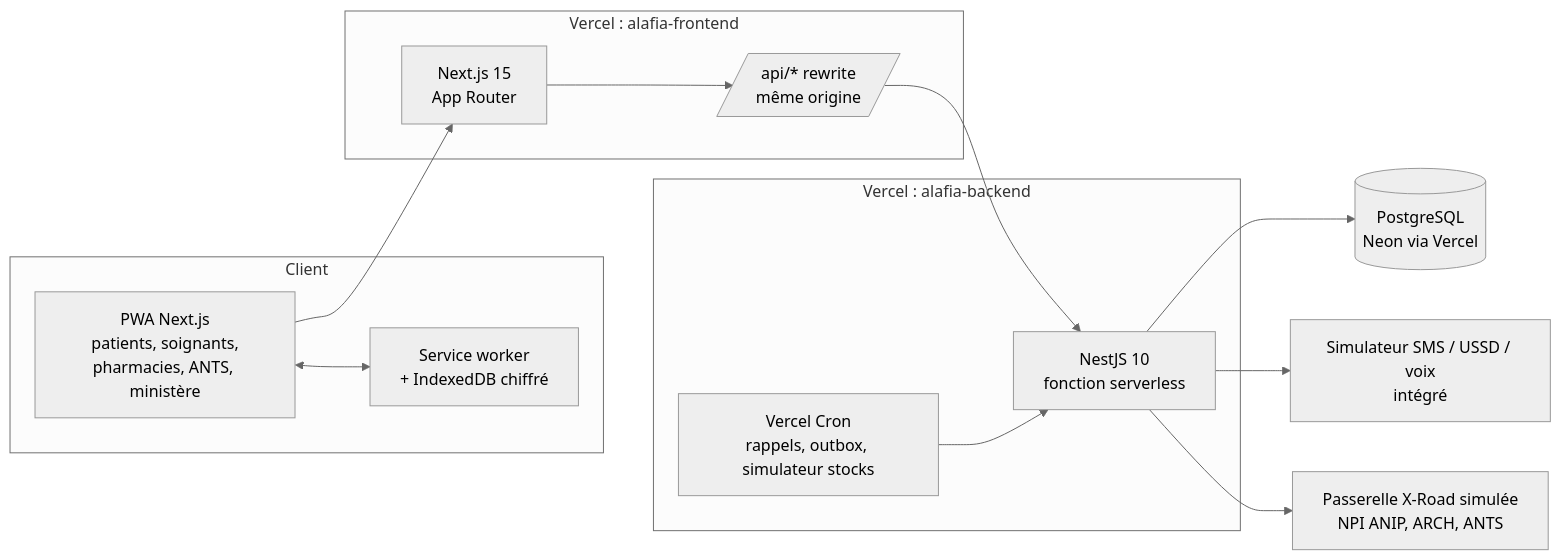
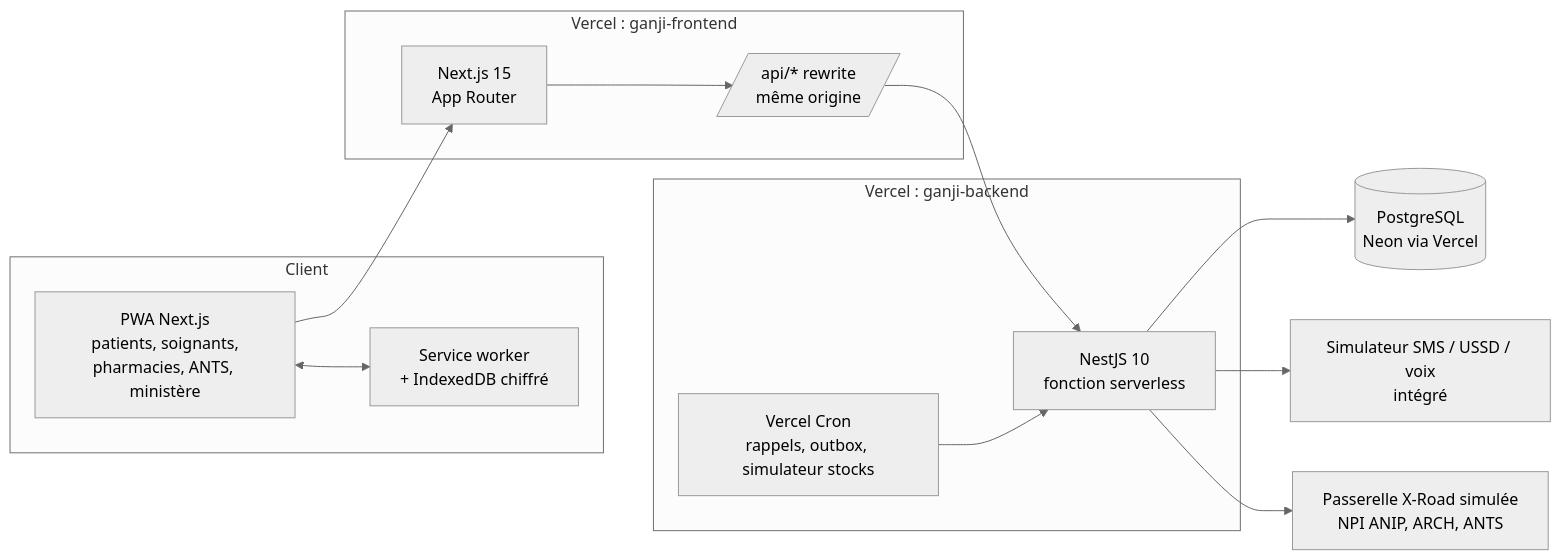
Before and after one commit to spyder20052/ganji-frontend: the diagram in docs/PLAN.md, drawn with Mermaid (neutral theme). The commit also changed other lines of this file and 46 other files, not shown here.

````diff
--- a/docs/PLAN.md
+++ b/docs/PLAN.md
@@ -23,25 +23,25 @@
 ```mermaid
 flowchart LR
   subgraph Client
     U[PWA Next.js<br/>patients, soignants,<br/>pharmacies, ANTS, ministère]
     SW[Service worker<br/>+ IndexedDB chiffré]
   end
-  subgraph Vercel_Front[Vercel : alafia-frontend]
+  subgraph Vercel_Front[Vercel : ganji-frontend]
     N[Next.js 15<br/>App Router]
     RW[/api/* rewrite<br/>même origine/]
   end
-  subgraph Vercel_Back[Vercel : alafia-backend]
+  subgraph Vercel_Back[Vercel : ganji-backend]
     A[NestJS 10<br/>fonction serverless]
     CR[Vercel Cron<br/>rappels, outbox, simulateur stocks]
   end
   DB[(PostgreSQL<br/>Neon via Vercel)]
   SIM[Simulateur SMS / USSD / voix<br/>intégré]
   X[Passerelle X-Road simulée<br/>NPI ANIP, ARCH, ANTS]
 
   U --> N --> RW --> A
   U <--> SW
   A --> DB
   CR --> A
   A --> SIM
   A --> X
 ```
````
